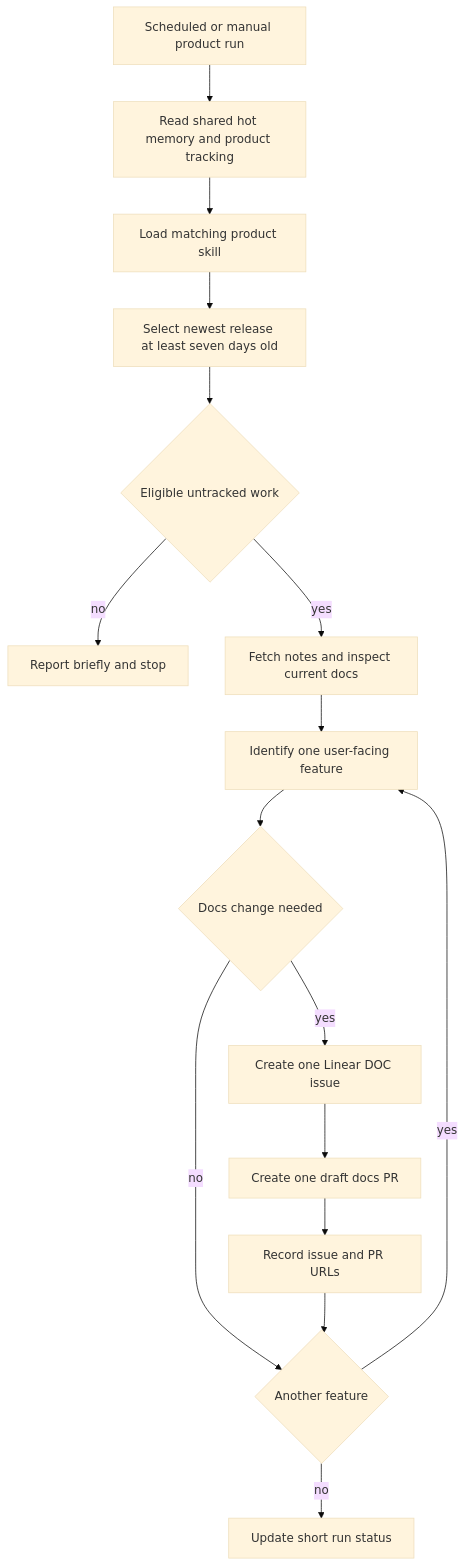
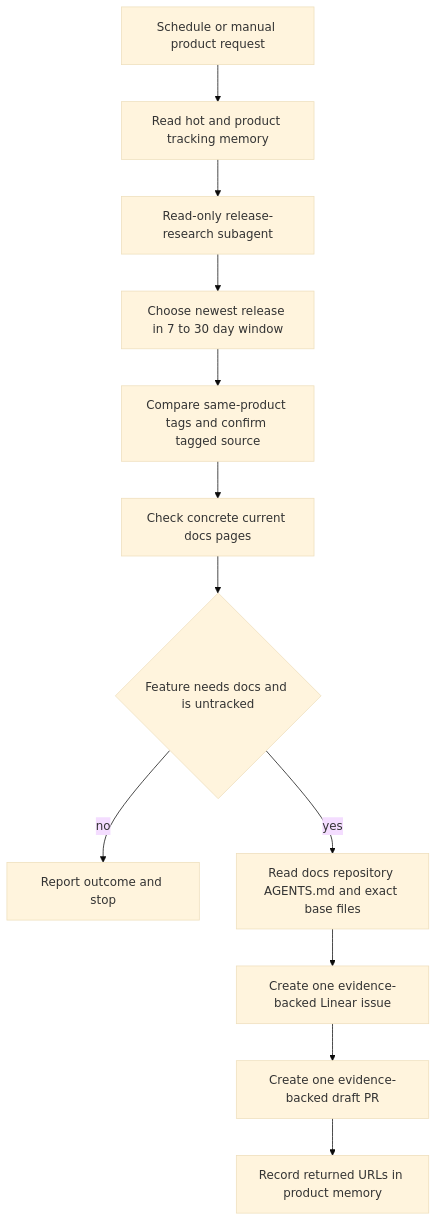
One commit to rishi-raj-jain/docs-1 changed the diagram in openwiki/workflows/release-watch.md. Above: the diagram before and after it, drawn with Mermaid (base theme). The commit also changed other lines of this file and 53 other files, not shown here.

````diff
--- a/openwiki/workflows/release-watch.md
+++ b/openwiki/workflows/release-watch.md
@@ -89,18 +86,14 @@
 ```mermaid
 flowchart TD
-  Start["Scheduled or manual product run"] --> Memory["Read shared hot memory and product tracking"]
-  Memory --> Skill["Load matching product skill"]
-  Skill --> Eligible["Select newest release at least seven days old"]
-  Eligible --> Gate{"Eligible untracked work"}
-  Gate -->|"no"| Stop["Report briefly and stop"]
-  Gate -->|"yes"| Notes["Fetch notes and inspect current docs"]
-  Notes --> Split["Identify one user-facing feature"]
-  Split --> Need{"Docs change needed"}
-  Need -->|"no"| More{"Another feature"}
-  Need -->|"yes"| Issue["Create one Linear DOC issue"]
-  Issue --> PR["Create one draft docs PR"]
-  PR --> Track["Record issue and PR URLs"]
-  Track --> More
-  More -->|"yes"| Split
-  More -->|"no"| Summary["Update short run status"]
+  Start["Schedule or manual product request"] --> Memory["Read hot and product tracking memory"]
+  Memory --> Research["Read-only release-research subagent"]
+  Research --> Select["Choose newest release in 7 to 30 day window"]
+  Select --> Diff["Compare same-product tags and confirm tagged source"]
+  Diff --> Coverage["Check concrete current docs pages"]
+  Coverage --> Gate{"Feature needs docs and is untracked"}
+  Gate -->|"no"| Idle["Report outcome and stop"]
+  Gate -->|"yes"| Style["Read docs repository AGENTS.md and exact base files"]
+  Style --> Issue["Create one evidence-backed Linear issue"]
+  Issue --> PR["Create one evidence-backed draft PR"]
+  PR --> Record["Record returned URLs in product memory"]
 ```
````
